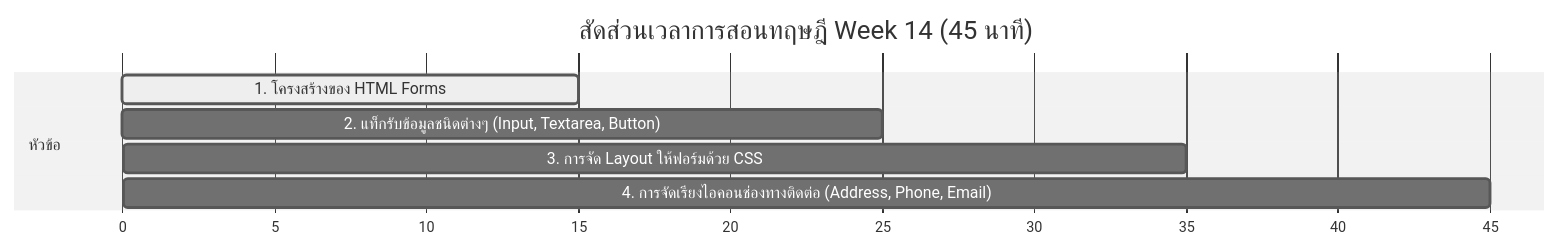
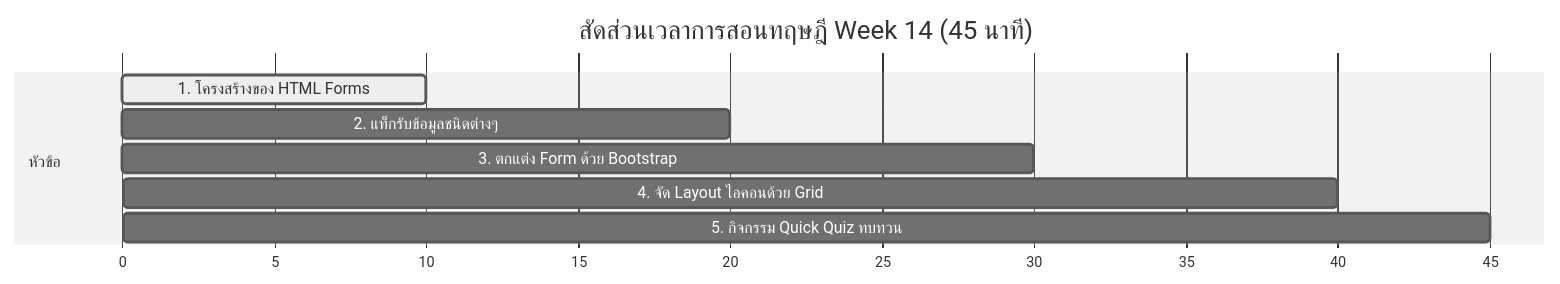
The diagram in Week 14/Teacher/README.md (jirawat9ball/Website_lesson_plan), drawn with Mermaid (neutral theme) before and after one commit. The commit also changed other lines of this file and 4 other files, not shown here.

````diff
--- a/Week 14/Teacher/README.md
+++ b/Week 14/Teacher/README.md
@@ -8,11 +8,12 @@
 ```mermaid
 gantt
     title สัดส่วนเวลาการสอนทฤษฎี Week 14 (45 นาที)
     dateFormat  X
     axisFormat %s
     section หัวข้อ
-    1. โครงสร้างของ HTML Forms : active, 0, 15
-    2. แท็กรับข้อมูลชนิดต่างๆ (Input, Textarea, Button) : 15, 25
-    3. การจัด Layout ให้ฟอร์มด้วย CSS : 25, 35
-    4. การจัดเรียงไอคอนช่องทางติดต่อ (Address, Phone, Email) : 35, 45
+    1. โครงสร้างของ HTML Forms : active, 0, 10
+    2. แท็กรับข้อมูลชนิดต่างๆ : 10, 20
+    3. ตกแต่ง Form ด้วย Bootstrap : 20, 30
+    4. จัด Layout ไอคอนด้วย Grid : 30, 40
+    5. กิจกรรม Quick Quiz ทบทวน : 40, 45
 ```
````
